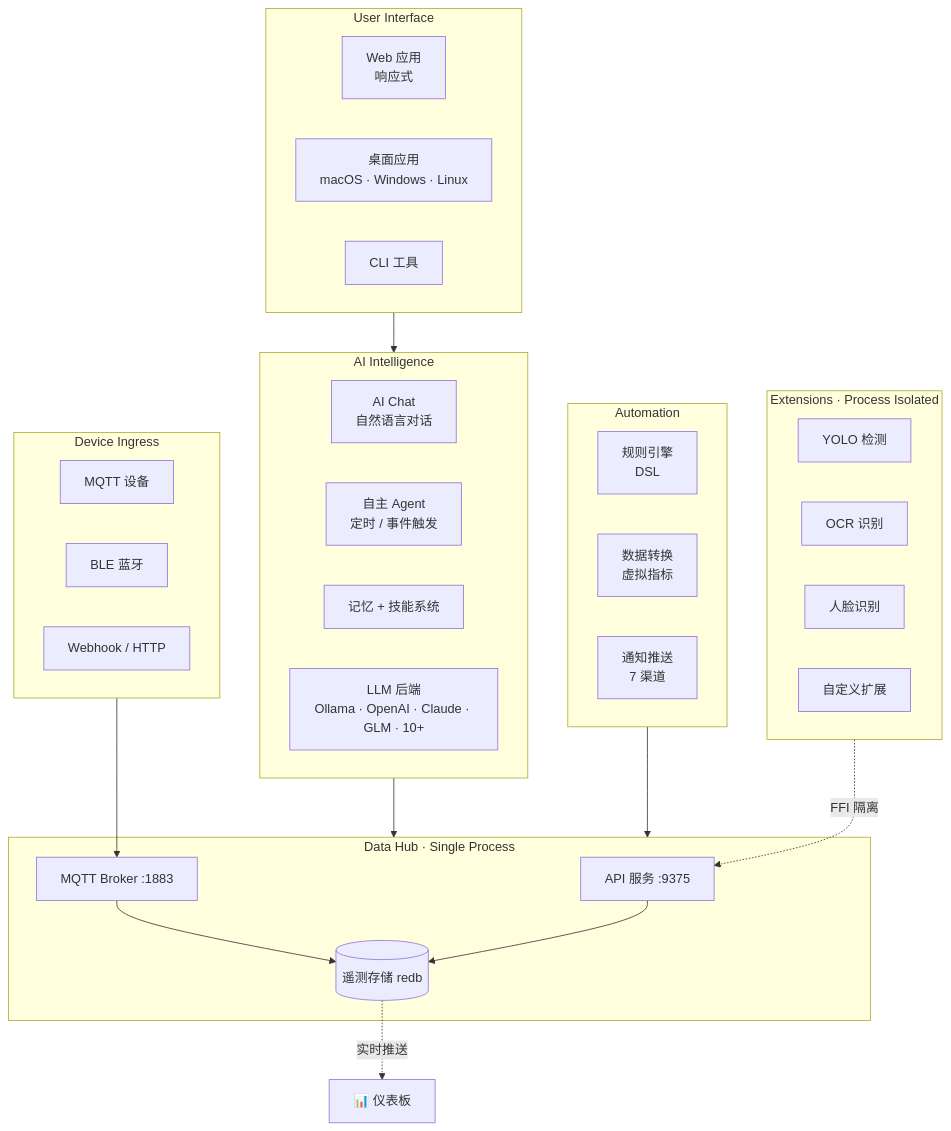
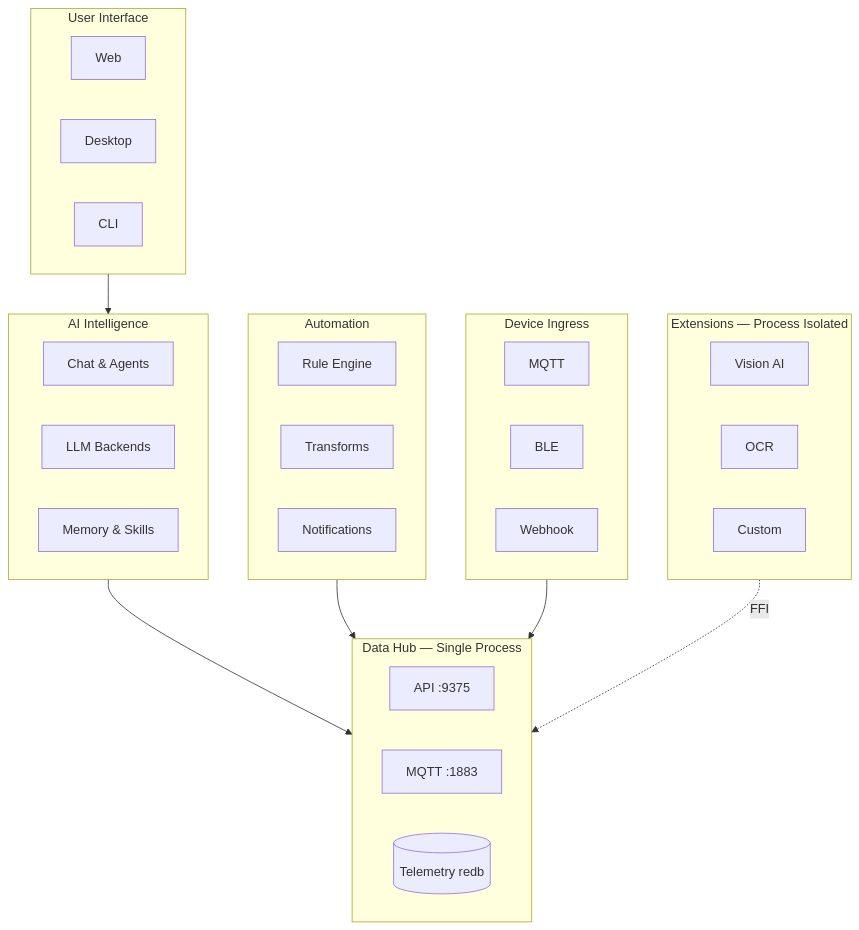
The diagram in docs/0-neomind/product-overview/1-what-is-neomind.md (luommy/wiki-documents), drawn with Mermaid before and after one commit. The commit also changed 1 other file, not shown here.

Commit message:
docs(neomind): clean up product architecture diagram
Removed all emoji icons from subgraph titles and nodes. Simplified
node labels to be concise. Added direction LR within subgraphs for
compact horizontal layout. Reduced arrows to essential data flows.

````diff
--- a/docs/0-neomind/product-overview/1-what-is-neomind.md
+++ b/docs/0-neomind/product-overview/1-what-is-neomind.md
@@ -33,49 +33,50 @@
 ```mermaid
 flowchart TB
-    subgraph L1["User Interface"]
-        WEB[Web 应用<br/>响应式]
-        DESKTOP[桌面应用<br/>macOS · Windows · Linux]
-        CLI[CLI 工具]
+    subgraph UI["User Interface"]
+        direction LR
+        WEB[Web]
+        DESKTOP[Desktop]
+        CLI[CLI]
     end
 
-    subgraph L2["AI Intelligence"]
-        CHAT[AI Chat<br/>自然语言对话]
-        AGENT[自主 Agent<br/>定时 / 事件触发]
-        MEM[记忆 + 技能系统]
-        LLM["LLM 后端<br/>Ollama · OpenAI · Claude · GLM · 10+"]
+    subgraph AI["AI Intelligence"]
+        direction LR
+        CHAT[Chat & Agents]
+        LLM[LLM Backends]
+        SKILLS[Memory & Skills]
     end
 
-    subgraph L3["Automation"]
-        RULE[规则引擎<br/>DSL]
-        TRANSFORM[数据转换<br/>虚拟指标]
-        NOTIFY[通知推送<br/>7 渠道]
+    subgraph AUTO["Automation"]
+        direction LR
+        RULE[Rule Engine]
+        TRANSFORM[Transforms]
+        NOTIFY[Notifications]
     end
 
-    subgraph L4["Data Hub · Single Process"]
-        API[API 服务 :9375]
-        MQTT[MQTT Broker :1883]
-        STORE[(遥测存储 redb)]
+    subgraph CORE["Data Hub — Single Process"]
+        direction LR
+        API[API :9375]
+        MQTT[MQTT :1883]
+        STORE[(Telemetry redb)]
     end
 
-    subgraph L5["Device Ingress"]
-        MQDEV[MQTT 设备]
-        BLEDEV[BLE 蓝牙]
-        HOOKDEV[Webhook / HTTP]
+    subgraph DEV["Device Ingress"]
+        direction LR
+        MQDEV[MQTT]
+        BLEDEV[BLE]
+        HOOK[Webhook]
     end
 
-    subgraph L6["Extensions · Process Isolated"]
-        YOLO[YOLO 检测]
-        OCR[OCR 识别]
-        FACE[人脸识别]
-        CUSTOM[自定义扩展]
+    subgraph EXT["Extensions — Process Isolated"]
+        direction LR
+        VISION[Vision AI]
+        OCR[OCR]
+        CUSTOM[Custom]
     end
 
-    L1 --> L2
-    L2 --> L4
-    L3 --> L4
-    L5 --> MQTT
-    L6 -.FFI 隔离.-> API
-    MQTT --> STORE
-    API --> STORE
-    STORE -.实时推送.-> DASH[📊 仪表板]
+    UI --> AI
+    AI --> CORE
+    AUTO --> CORE
+    DEV --> MQTT
+    EXT -.FFI.-> API
 ```
````
